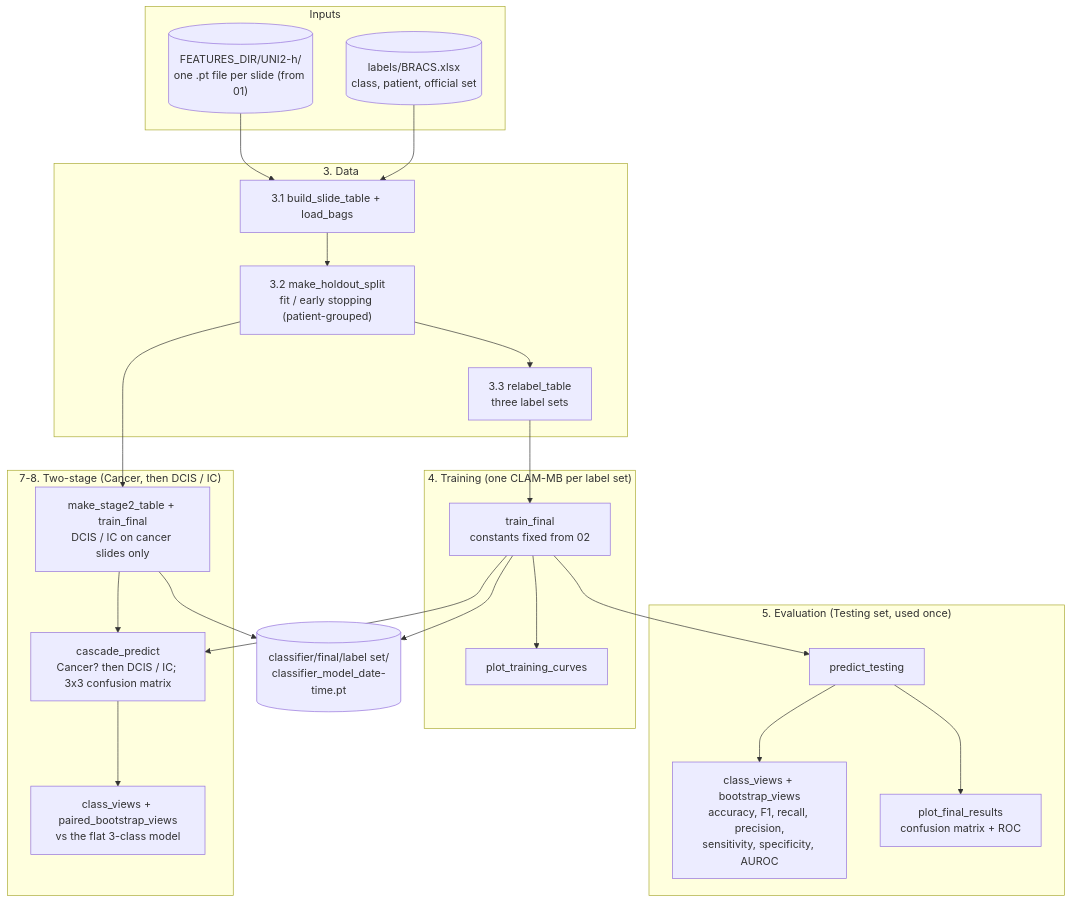
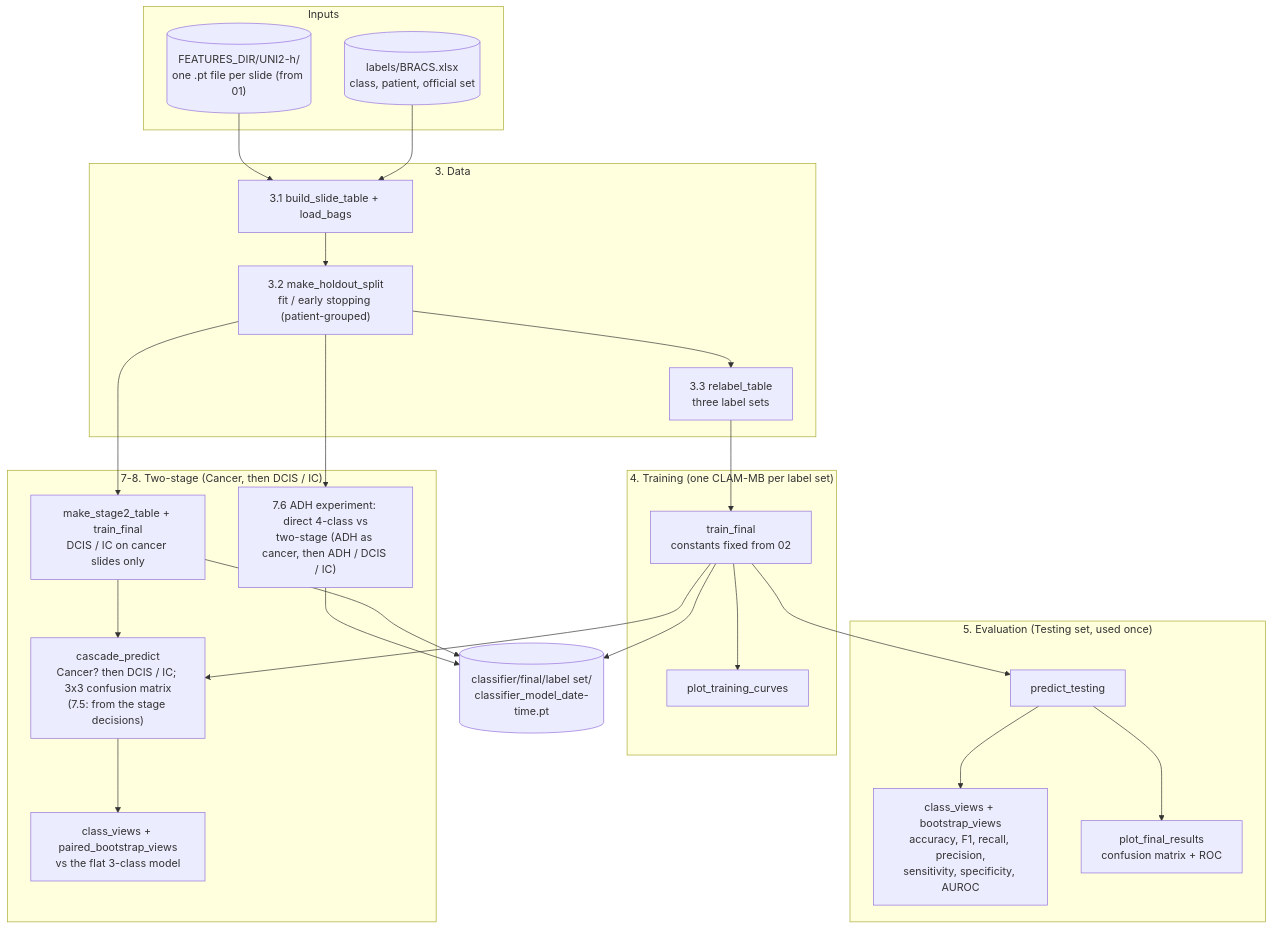
The fourth of 4 diagrams in README.md (guisazevedo/phd_streamembed), drawn with Mermaid before and after one commit. The commit also changed other lines of this file and 10 other files, not shown here.

````diff
--- a/README.md
+++ b/README.md
@@ -313,48 +313,51 @@
 ```mermaid
 flowchart TD
     subgraph IN["Inputs"]
         FEAT[("FEATURES_DIR/UNI2-h/<br/>one .pt file per slide (from 01)")]
         LAB[("labels/BRACS.xlsx<br/>class, patient, official set")]
     end
 
     subgraph S3["3. Data"]
         D1["3.1 build_slide_table + load_bags"]
         D2["3.2 make_holdout_split<br/>fit / early stopping (patient-grouped)"]
         D3["3.3 relabel_table<br/>three label sets"]
     end
 
     subgraph S4["4. Training (one CLAM-MB per label set)"]
         T1["train_final<br/>constants fixed from 02"]
         T2["plot_training_curves"]
     end
 
     subgraph S5["5. Evaluation (Testing set, used once)"]
         E1["predict_testing"]
         E2["class_views + bootstrap_views<br/>accuracy, F1, recall, precision,<br/>sensitivity, specificity, AUROC"]
         E3["plot_final_results<br/>confusion matrix + ROC"]
     end
 
     subgraph S7["7-8. Two-stage (Cancer, then DCIS / IC)"]
         H1["make_stage2_table + train_final<br/>DCIS / IC on cancer slides only"]
-        H2["cascade_predict<br/>Cancer? then DCIS / IC; 3x3 confusion matrix"]
+        H2["cascade_predict<br/>Cancer? then DCIS / IC; 3x3 confusion matrix<br/>(7.5: from the stage decisions)"]
         H3["class_views + paired_bootstrap_views<br/>vs the flat 3-class model"]
+        H4["7.6 ADH experiment: direct 4-class vs<br/>two-stage (ADH as cancer, then ADH / DCIS / IC)"]
     end
 
     OUT[("classifier/final/label set/<br/>classifier_model_date-time.pt")]
 
     FEAT --> D1
     LAB --> D1
     D1 --> D2
     D2 --> D3
     D3 --> T1
     T1 --> T2
     T1 --> E1
     E1 --> E2
     E1 --> E3
     T1 --> OUT
     D2 --> H1
     T1 --> H2
     H1 --> H2
     H2 --> H3
+    D2 --> H4
+    H4 --> OUT
     H1 --> OUT
 ```
````
